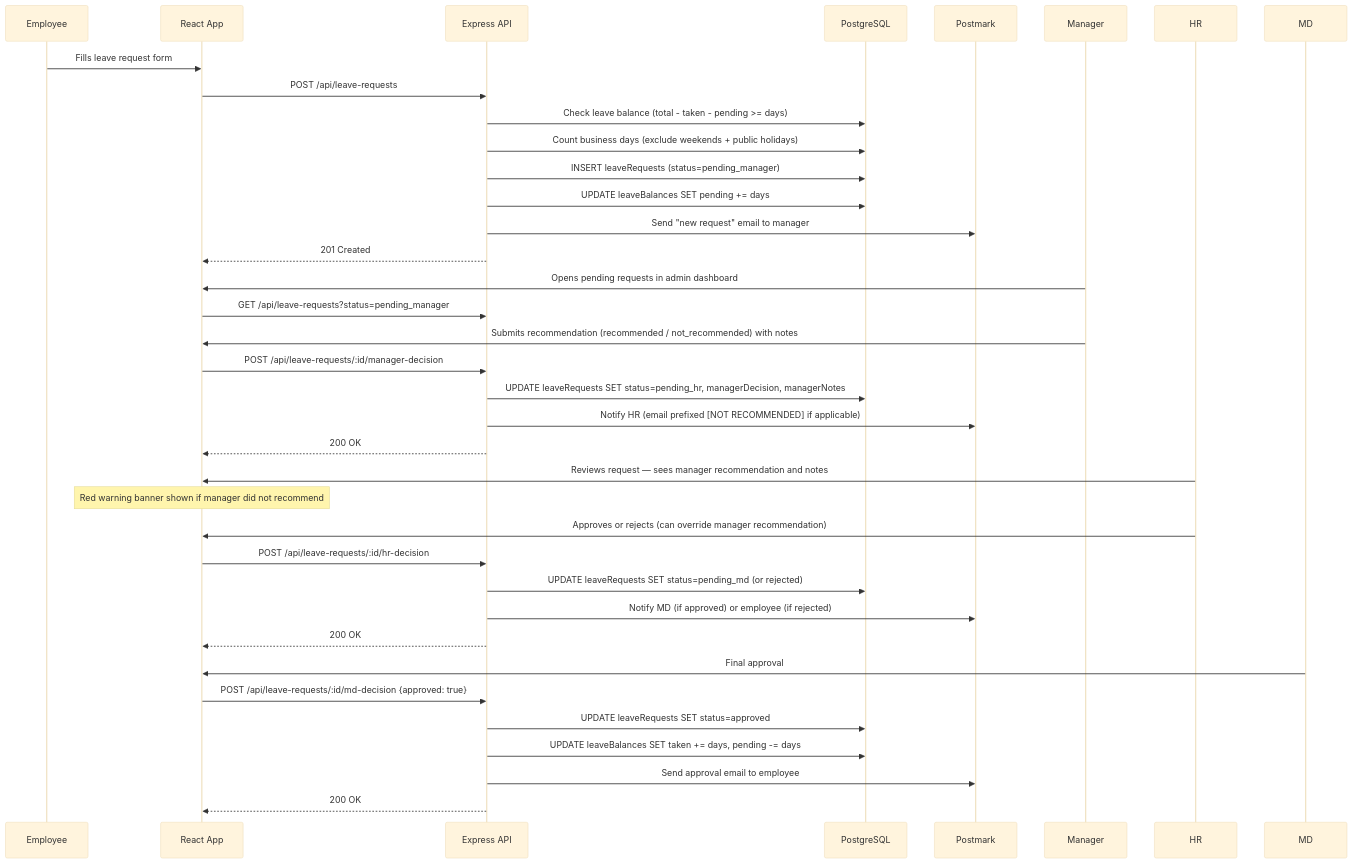
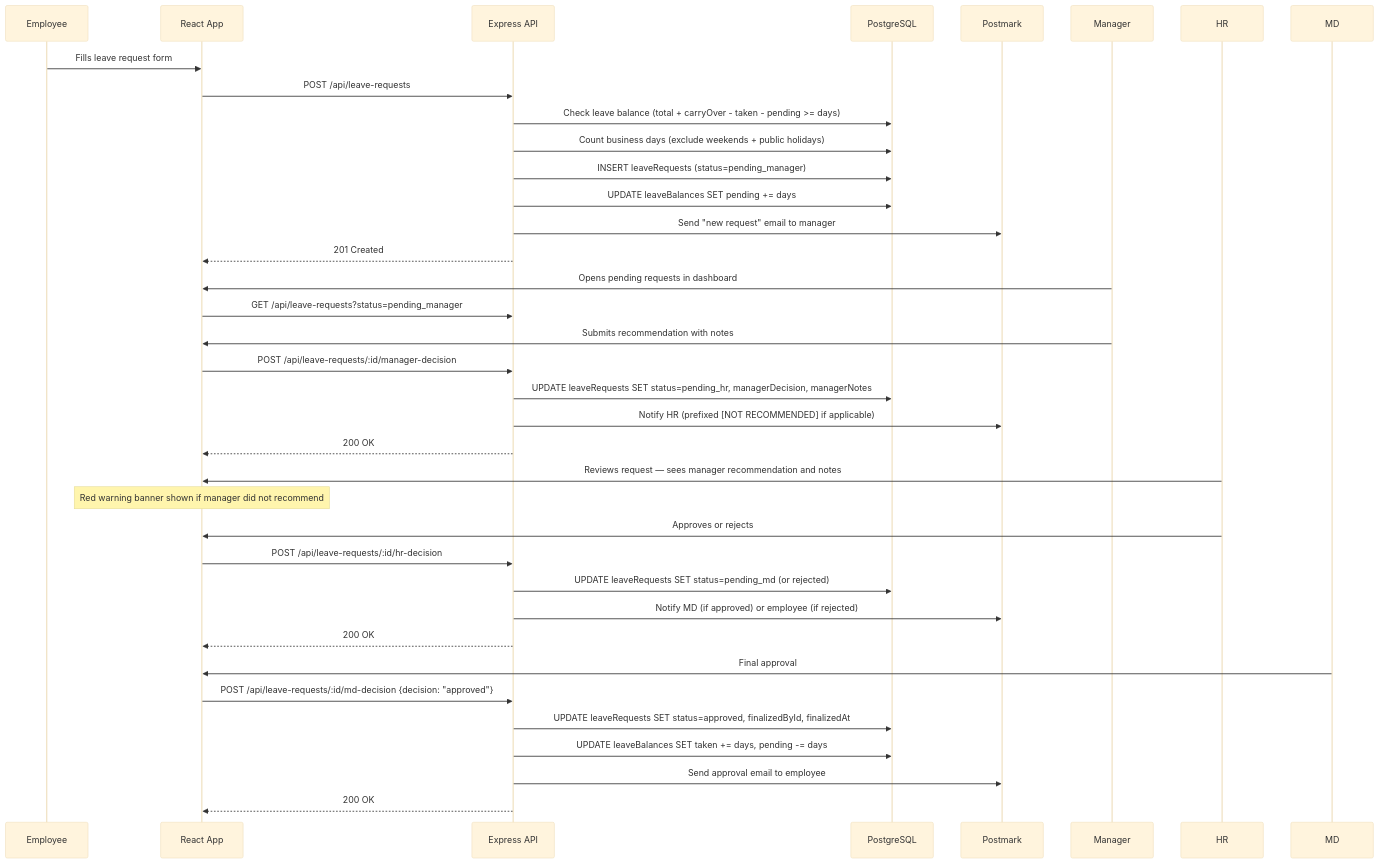
One commit to stopdoingnothing/Factory-Flow changed the first of 5 diagrams in docs/sad/06-key-workflows.md. Above: the diagram before and after it, drawn with Mermaid (base theme). The commit also changed other lines of this file and 17 other files, not shown here.

````diff
--- a/docs/sad/06-key-workflows.md
+++ b/docs/sad/06-key-workflows.md
@@ -26,40 +29,40 @@
 ```mermaid
 sequenceDiagram
     participant E as Employee
     participant Client as React App
     participant API as Express API
     participant DB as PostgreSQL
     participant Email as Postmark
 
     E->>Client: Fills leave request form
     Client->>API: POST /api/leave-requests
-    API->>DB: Check leave balance (total - taken - pending >= days)
+    API->>DB: Check leave balance (total + carryOver - taken - pending >= days)
     API->>DB: Count business days (exclude weekends + public holidays)
     API->>DB: INSERT leaveRequests (status=pending_manager)
     API->>DB: UPDATE leaveBalances SET pending += days
     API->>Email: Send "new request" email to manager
     API-->>Client: 201 Created
 
-    Manager->>Client: Opens pending requests in admin dashboard
+    Manager->>Client: Opens pending requests in dashboard
     Client->>API: GET /api/leave-requests?status=pending_manager
-    Manager->>Client: Submits recommendation (recommended / not_recommended) with notes
+    Manager->>Client: Submits recommendation with notes
     Client->>API: POST /api/leave-requests/:id/manager-decision
     API->>DB: UPDATE leaveRequests SET status=pending_hr, managerDecision, managerNotes
-    API->>Email: Notify HR (email prefixed [NOT RECOMMENDED] if applicable)
+    API->>Email: Notify HR (prefixed [NOT RECOMMENDED] if applicable)
     API-->>Client: 200 OK
 
     HR->>Client: Reviews request — sees manager recommendation and notes
     Note over Client: Red warning banner shown if manager did not recommend
-    HR->>Client: Approves or rejects (can override manager recommendation)
+    HR->>Client: Approves or rejects
     Client->>API: POST /api/leave-requests/:id/hr-decision
     API->>DB: UPDATE leaveRequests SET status=pending_md (or rejected)
     API->>Email: Notify MD (if approved) or employee (if rejected)
     API-->>Client: 200 OK
 
     MD->>Client: Final approval
-    Client->>API: POST /api/leave-requests/:id/md-decision {approved: true}
-    API->>DB: UPDATE leaveRequests SET status=approved
+    Client->>API: POST /api/leave-requests/:id/md-decision {decision: "approved"}
+    API->>DB: UPDATE leaveRequests SET status=approved, finalizedById, finalizedAt
     API->>DB: UPDATE leaveBalances SET taken += days, pending -= days
     API->>Email: Send approval email to employee
     API-->>Client: 200 OK
 ```
````
